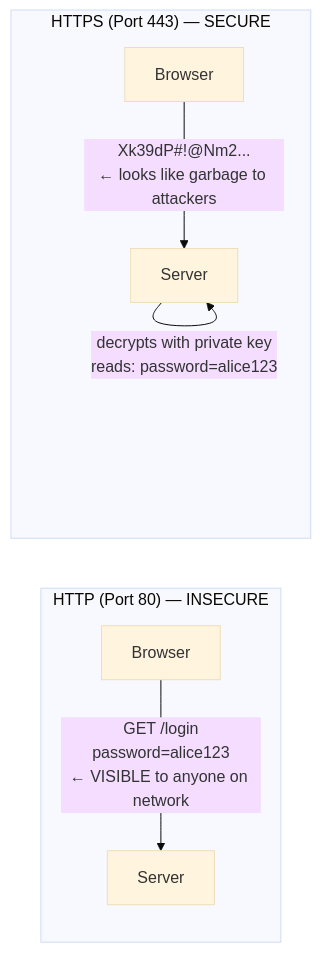
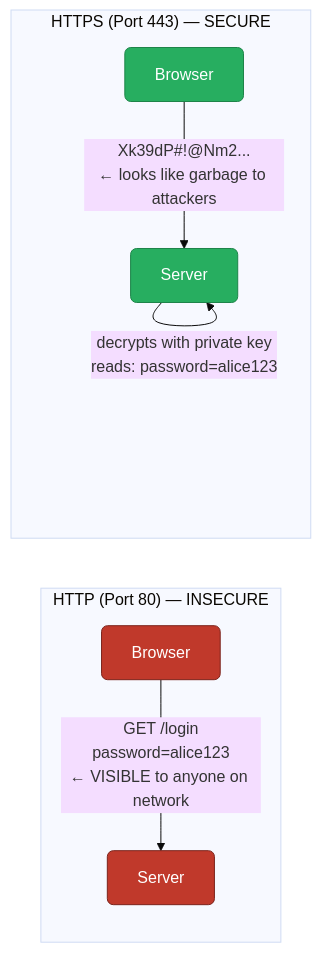
Before and after one commit to deepanshu-rawat6/DevOpsIndex: the second of 9 diagrams in networking/http-versions.md, drawn with Mermaid (base theme). The commit also changed other lines of this file and 8 other files, not shown here.

````diff
--- a/networking/http-versions.md
+++ b/networking/http-versions.md
@@ -41,11 +70,16 @@
 ```mermaid
 graph LR
+    classDef insecure fill:#c0392b,stroke:#7b241c,color:#fff,rx:6
+    classDef secure fill:#27ae60,stroke:#1e8449,color:#fff,rx:6
+
     subgraph HTTP["HTTP (Port 80) — INSECURE"]
         A1["Browser"] -->|"GET /login\npassword=alice123\n← VISIBLE to anyone on network"| B1["Server"]
     end
+    class A1,B1 insecure
 
     subgraph HTTPS["HTTPS (Port 443) — SECURE"]
         A2["Browser"] -->|"Xk39dP#!@Nm2...\n← looks like garbage to attackers"| B2["Server"]
-        B2 -->|"decrypts with private key<br>reads: password=alice123"| B2
+        B2 -->|"decrypts with private key<br/>reads: password=alice123"| B2
     end
+    class A2,B2 secure
 ```
````
